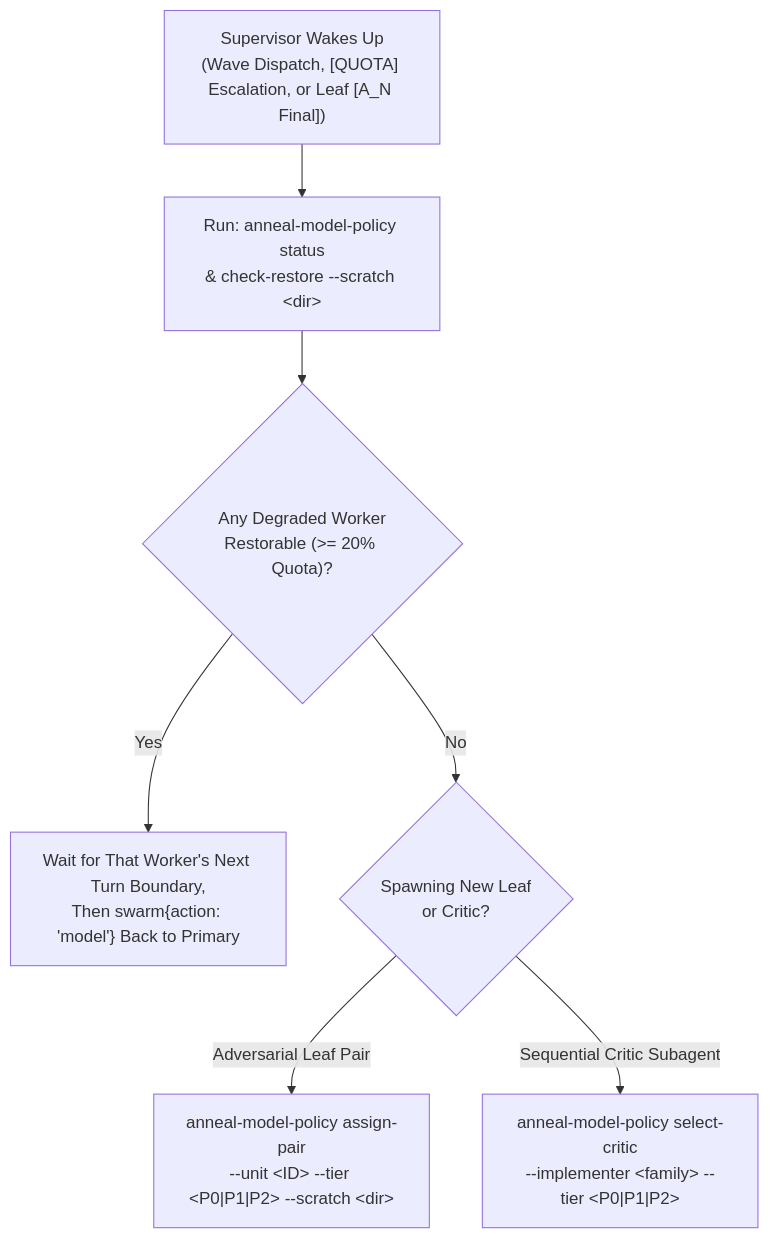
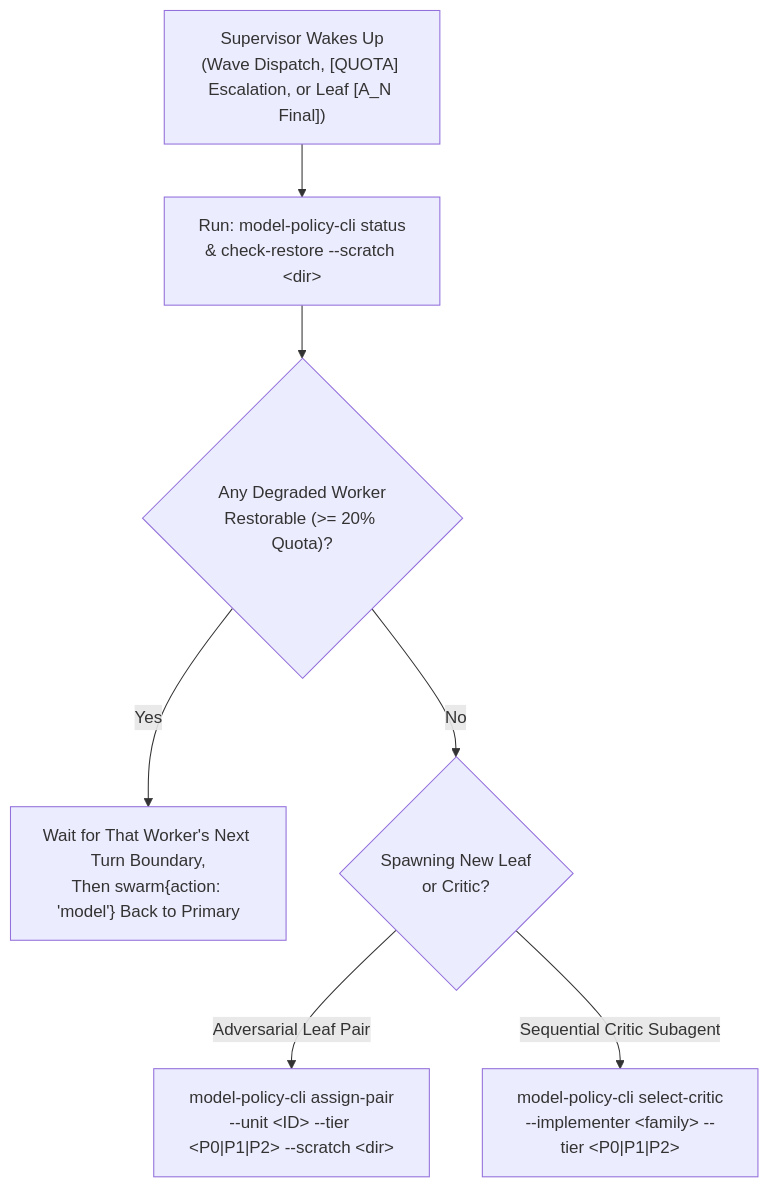
One commit to joshlf/anneal changed the diagram in skills/hierarchical-supervision/SKILL.md. Above: the diagram before and after it, drawn with Mermaid. The commit also changed other lines of this file and 50 other files, not shown here.

````diff
--- a/skills/hierarchical-supervision/SKILL.md
+++ b/skills/hierarchical-supervision/SKILL.md
@@ -80,9 +80,9 @@
 ```mermaid
 flowchart TD
-    W["Supervisor Wakes Up<br/>(Wave Dispatch, [QUOTA] Escalation, or Leaf [A_N Final])"] --> Q["Run: anneal-model-policy status<br/>&amp; check-restore --scratch &lt;dir&gt;"]
+    W["Supervisor Wakes Up<br/>(Wave Dispatch, [QUOTA] Escalation, or Leaf [A_N Final])"] --> Q["Run: model-policy-cli status<br/>&amp; check-restore --scratch &lt;dir&gt;"]
     Q --> R{"Any Degraded Worker<br/>Restorable (&gt;= 20% Quota)?"}
     R -- Yes --> U["Wait for That Worker's Next Turn Boundary,<br/>Then swarm{action: 'model'} Back to Primary"]
     R -- No --> D{"Spawning New Leaf<br/>or Critic?"}
-    D -- "Adversarial Leaf Pair" --> AP["anneal-model-policy assign-pair<br/>--unit &lt;ID&gt; --tier &lt;P0|P1|P2&gt; --scratch &lt;dir&gt;"]
-    D -- "Sequential Critic Subagent" --> SC["anneal-model-policy select-critic<br/>--implementer &lt;family&gt; --tier &lt;P0|P1|P2&gt;"]
+    D -- "Adversarial Leaf Pair" --> AP["model-policy-cli assign-pair<br/>--unit &lt;ID&gt; --tier &lt;P0|P1|P2&gt; --scratch &lt;dir&gt;"]
+    D -- "Sequential Critic Subagent" --> SC["model-policy-cli select-critic<br/>--implementer &lt;family&gt; --tier &lt;P0|P1|P2&gt;"]
 ```
````
